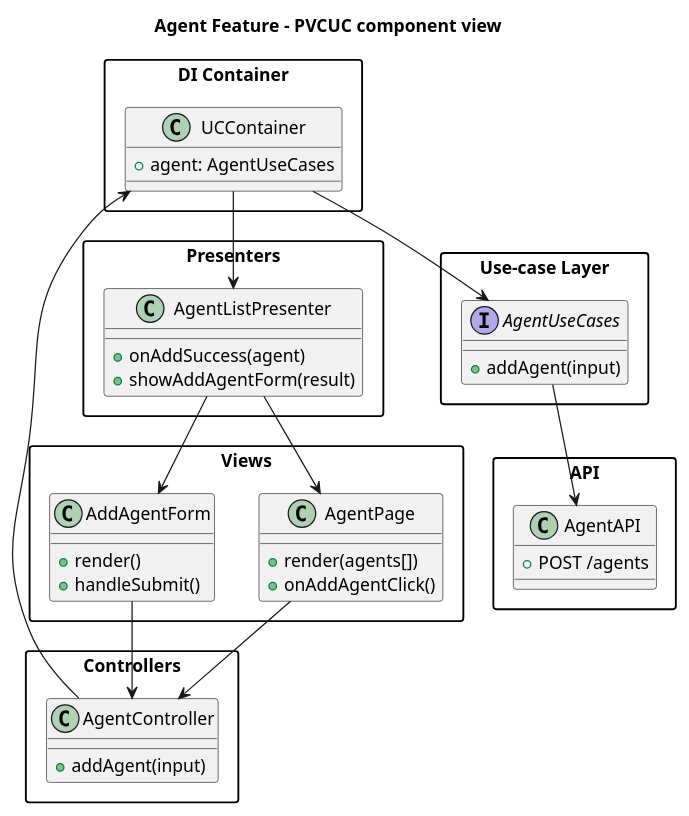
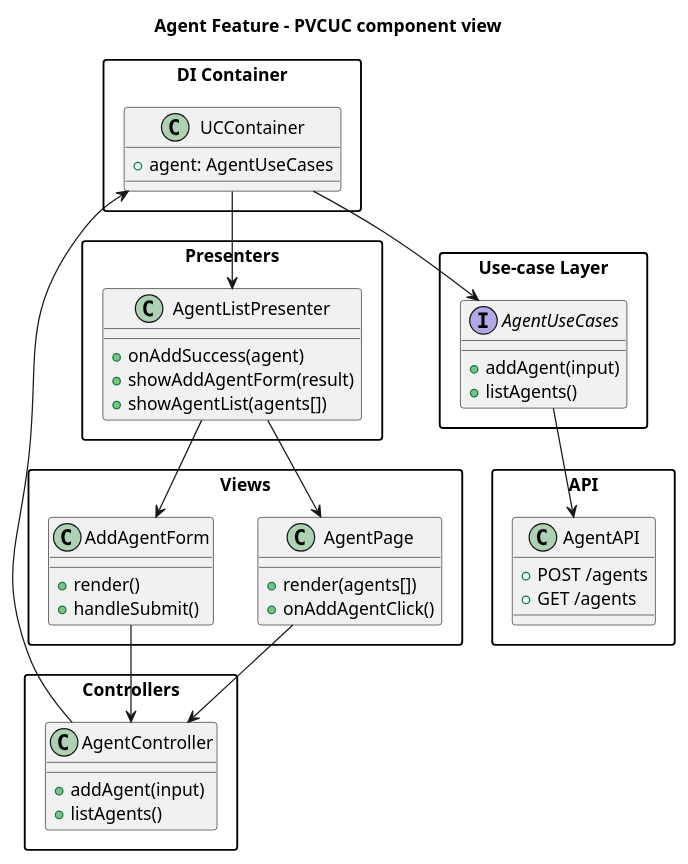
The diagram in diagrams/class/agentModule.puml (POP2025-EEPW/doorce-frontend), drawn with PlantUML before and after one commit. The commit also changed 19 other files, not shown here.

Commit message:
Lista agentów + dodawanie podłączone pod api. Edycja schemy oraz lista i dodawanie schemy podłączone pod api + diagramy

```diff
--- a/diagrams/class/agentModule.puml
+++ b/diagrams/class/agentModule.puml
@@ -1,63 +1,67 @@
 @startuml
 title Agent Feature - PVCUC component view
 
 skinparam packageStyle rectangle
 
 package "Views" {
     class AgentPage {
     +render(agents[])
     +onAddAgentClick()
   }
 
   class AddAgentForm {
     +render()
     +handleSubmit()
   }
 }
 
 package "Presenters" {
   ' TODO: in sequence diagram there is only one presenter
   class AgentListPresenter {
     +onAddSuccess(agent)
     +showAddAgentForm(result)
+    +showAgentList(agents[])
   }
 }
 
 package "Controllers" {
   class AgentController {
     +addAgent(input)
+    +listAgents()
   }
 }
 
 package "Use-case Layer" {
   interface AgentUseCases {
       +addAgent(input)
+      +listAgents()
   }
 }
 
 package "DI Container" {
   class UCContainer {
     +agent: AgentUseCases
   }
 }
 
 package "API" {
   class AgentAPI {
     +POST /agents
+    +GET /agents
   }
 }
 
 AgentPage --> AgentController
 AddAgentForm --> AgentController
 
 AgentController --> UCContainer
 UCContainer --> AgentUseCases
 
 AgentUseCases --> AgentAPI
 
 AgentListPresenter --> AgentPage
 AgentListPresenter --> AddAgentForm
 
 UCContainer --> AgentListPresenter
 
 @enduml
```
